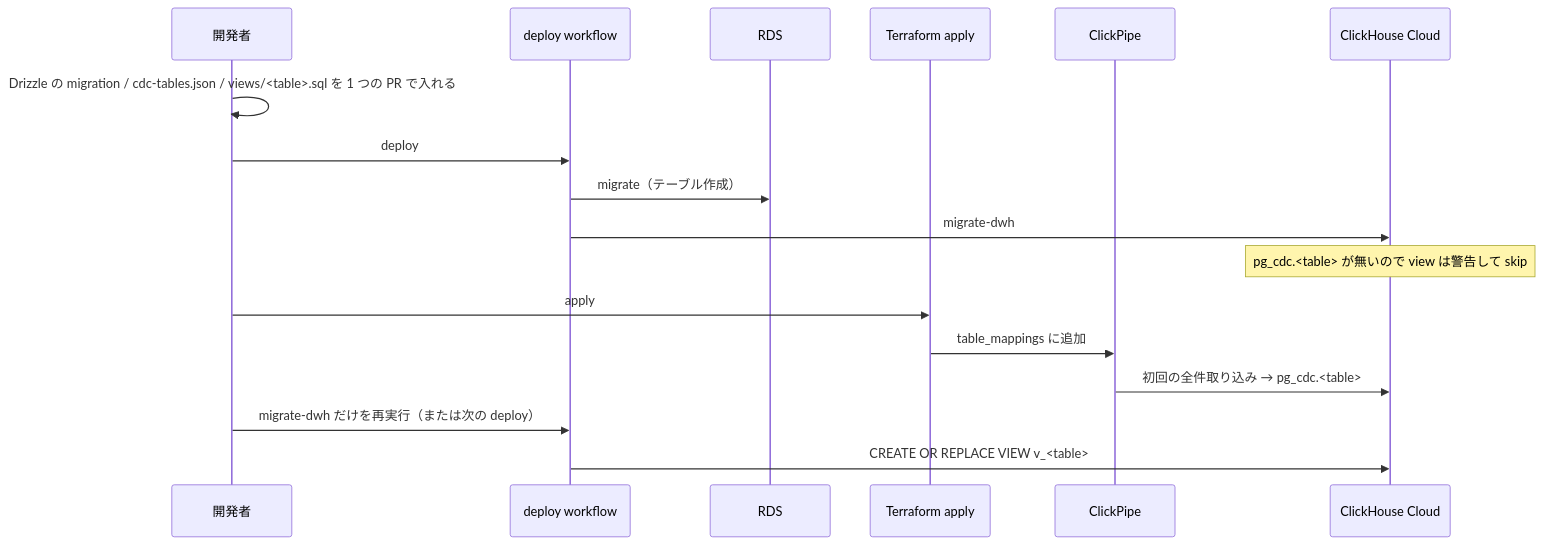
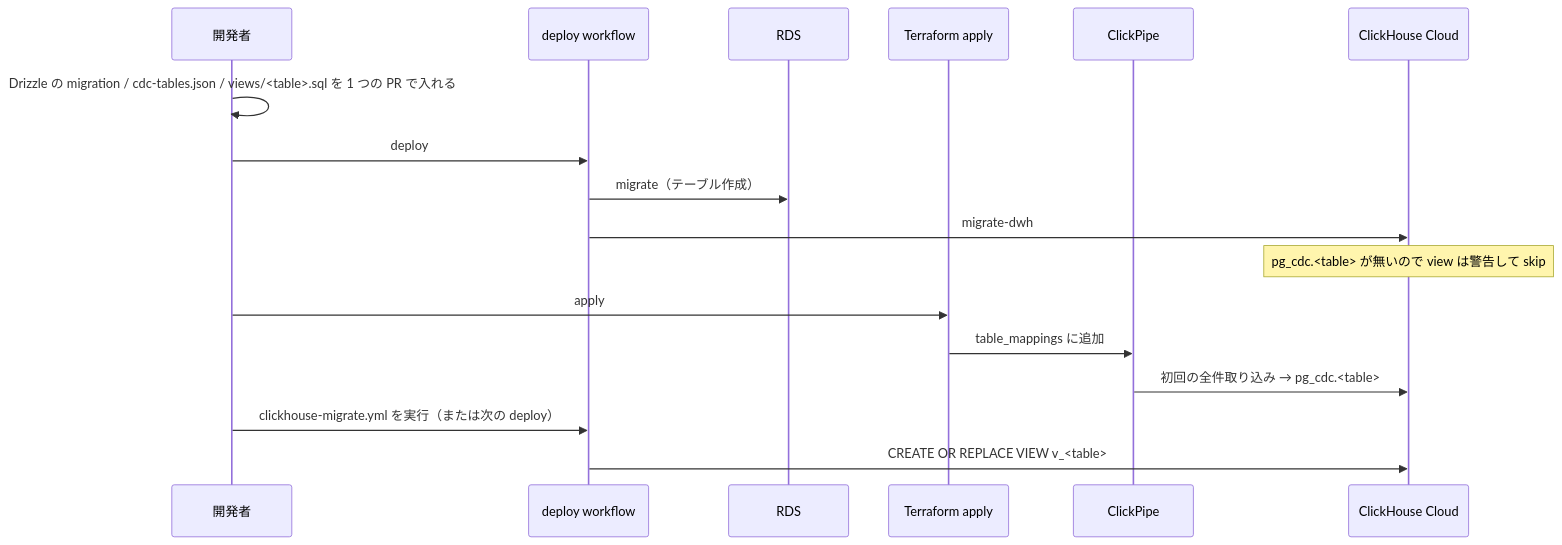
The fifth of 5 diagrams in docs/spec/clickhouse-migration/README.md (kentakki416/project-template), drawn with Mermaid before and after one commit. The commit also changed other lines of this file and 5 other files, not shown here.

````diff
--- a/docs/spec/clickhouse-migration/README.md
+++ b/docs/spec/clickhouse-migration/README.md
@@ -463,20 +468,20 @@
 ```mermaid
 sequenceDiagram
     participant Dev as 開発者
     participant GA as deploy workflow
     participant PG as RDS
     participant TF as Terraform apply
     participant Pipe as ClickPipe
     participant CH as ClickHouse Cloud
 
     Dev->>Dev: Drizzle の migration / cdc-tables.json / views/<table>.sql を 1 つの PR で入れる
     Dev->>GA: deploy
     GA->>PG: migrate（テーブル作成）
     GA->>CH: migrate-dwh
     Note over CH: pg_cdc.<table> が無いので view は警告して skip
     Dev->>TF: apply
     TF->>Pipe: table_mappings に追加
     Pipe->>CH: 初回の全件取り込み → pg_cdc.<table>
-    Dev->>GA: migrate-dwh だけを再実行（または次の deploy）
+    Dev->>GA: clickhouse-migrate.yml を実行（または次の deploy）
     GA->>CH: CREATE OR REPLACE VIEW v_<table>
 ```
````
